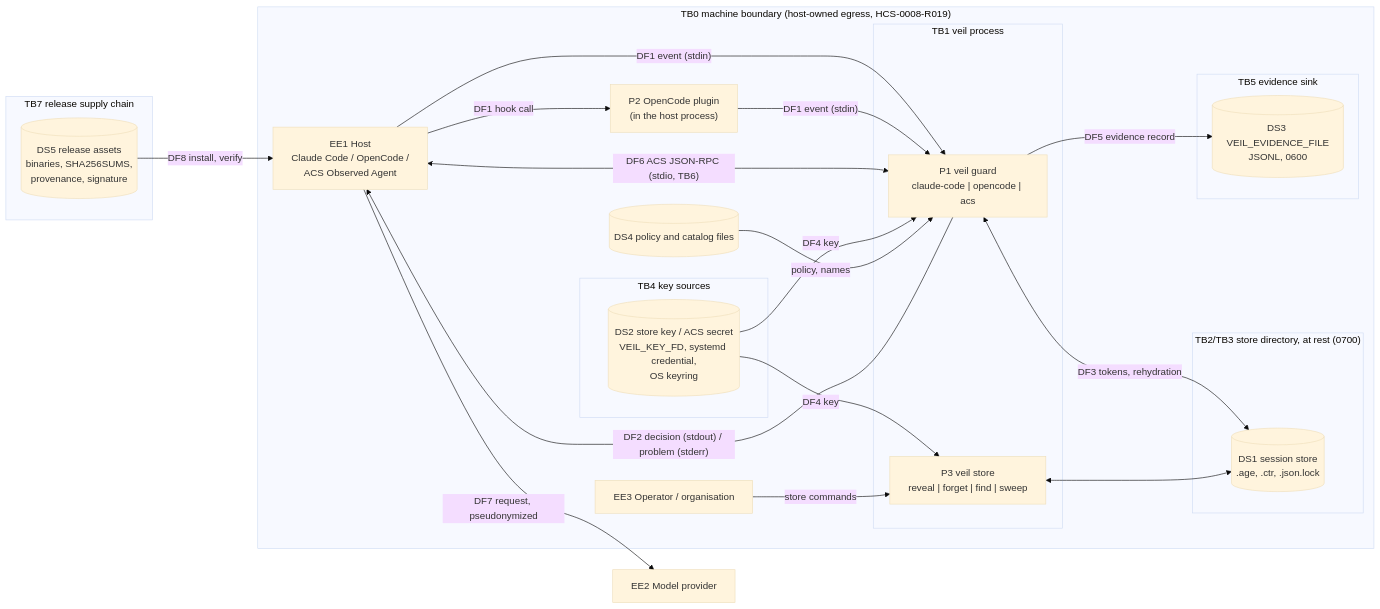
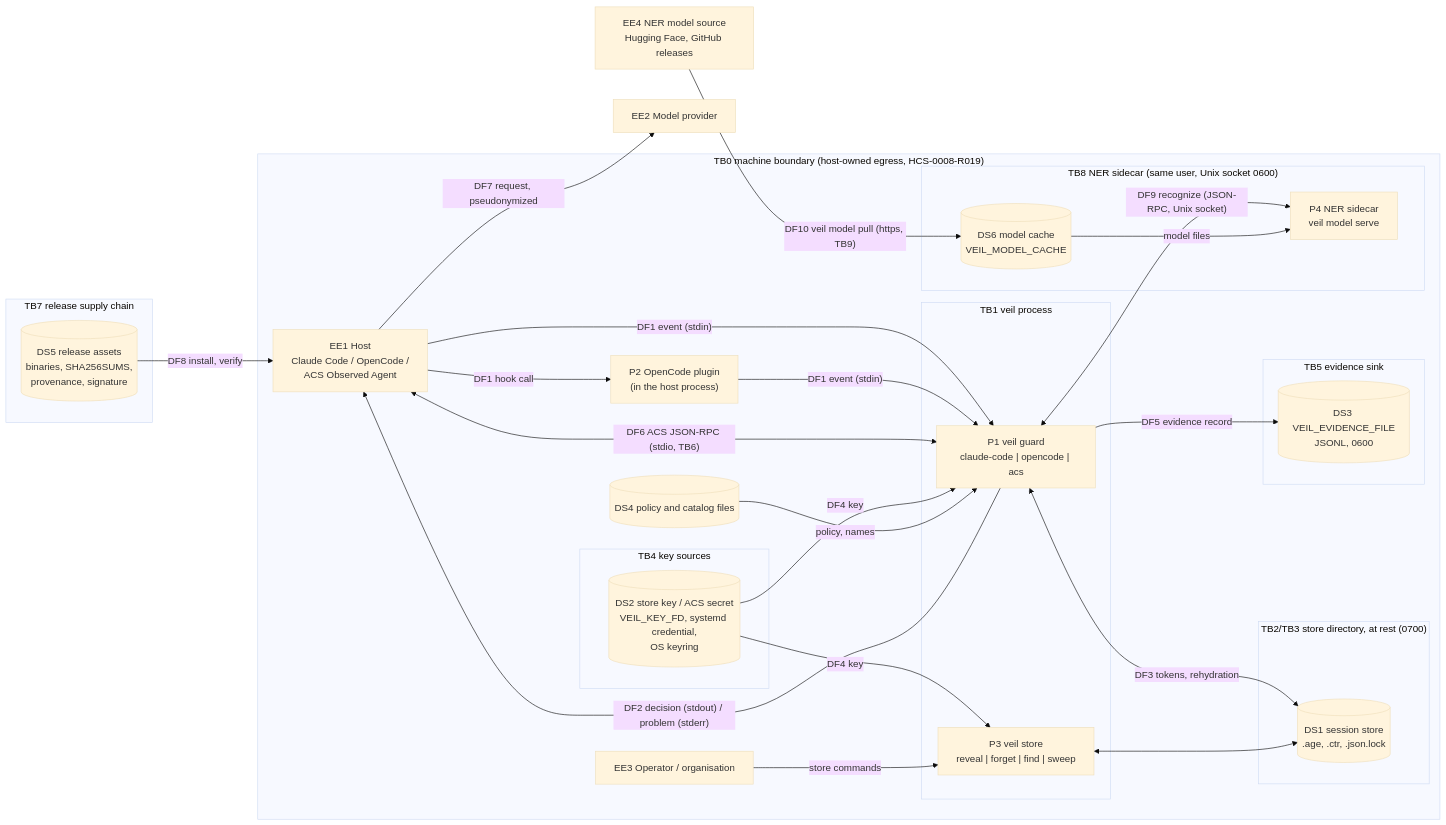
One commit to FullFran/veil changed the diagram in docs/threat-model.md. Above: the diagram before and after it, drawn with Mermaid (base theme). The commit also changed other lines of this file and 24 other files, not shown here.

First line of the commit message:
feat(ner): add veil model serve, a reference sidecar and NER measurement (#43)

````diff
--- a/docs/threat-model.md
+++ b/docs/threat-model.md
@@ -55,41 +55,49 @@
 ```mermaid
 flowchart LR
   subgraph TB0["TB0 machine boundary (host-owned egress, HCS-0008-R019)"]
     EE1["EE1 Host<br/>Claude Code / OpenCode /<br/>ACS Observed Agent"]
     P2["P2 OpenCode plugin<br/>(in the host process)"]
     subgraph TB1["TB1 veil process"]
       P1["P1 veil guard<br/>claude-code | opencode | acs"]
       P3["P3 veil store<br/>reveal | forget | find | sweep"]
     end
     subgraph TB2["TB2/TB3 store directory, at rest (0700)"]
       DS1[("DS1 session store<br/>.age, .ctr, .json.lock")]
     end
     subgraph TB4["TB4 key sources"]
       DS2[("DS2 store key / ACS secret<br/>VEIL_KEY_FD, systemd credential,<br/>OS keyring")]
     end
     subgraph TB5["TB5 evidence sink"]
       DS3[("DS3 VEIL_EVIDENCE_FILE<br/>JSONL, 0600")]
     end
     DS4[("DS4 policy and catalog files")]
+    subgraph TB8["TB8 NER sidecar (same user, Unix socket 0600)"]
+      P4["P4 NER sidecar<br/>veil model serve"]
+      DS6[("DS6 model cache<br/>VEIL_MODEL_CACHE")]
+    end
     EE3["EE3 Operator / organisation"]
   end
   EE2["EE2 Model provider"]
+  EE4["EE4 NER model source<br/>Hugging Face, GitHub releases"]
   subgraph TB7["TB7 release supply chain"]
     DS5[("DS5 release assets<br/>binaries, SHA256SUMS,<br/>provenance, signature")]
   end
 
   EE1 -- "DF1 event (stdin)" --> P1
   EE1 -- "DF1 hook call" --> P2
   P2 -- "DF1 event (stdin)" --> P1
   EE1 <-- "DF6 ACS JSON-RPC (stdio, TB6)" --> P1
   P1 -- "DF2 decision (stdout) / problem (stderr)" --> EE1
   P1 <-- "DF3 tokens, rehydration" --> DS1
   DS2 -- "DF4 key" --> P1
   DS2 -- "DF4 key" --> P3
   P1 -- "DF5 evidence record" --> DS3
   DS4 -- "policy, names" --> P1
   EE3 -- "store commands" --> P3
   P3 <--> DS1
   EE1 -- "DF7 request, pseudonymized" --> EE2
   DS5 -- "DF8 install, verify" --> EE1
+  P1 <-- "DF9 recognize (JSON-RPC, Unix socket)" --> P4
+  DS6 -- "model files" --> P4
+  EE4 -- "DF10 veil model pull (https, TB9)" --> DS6
 ```
````
